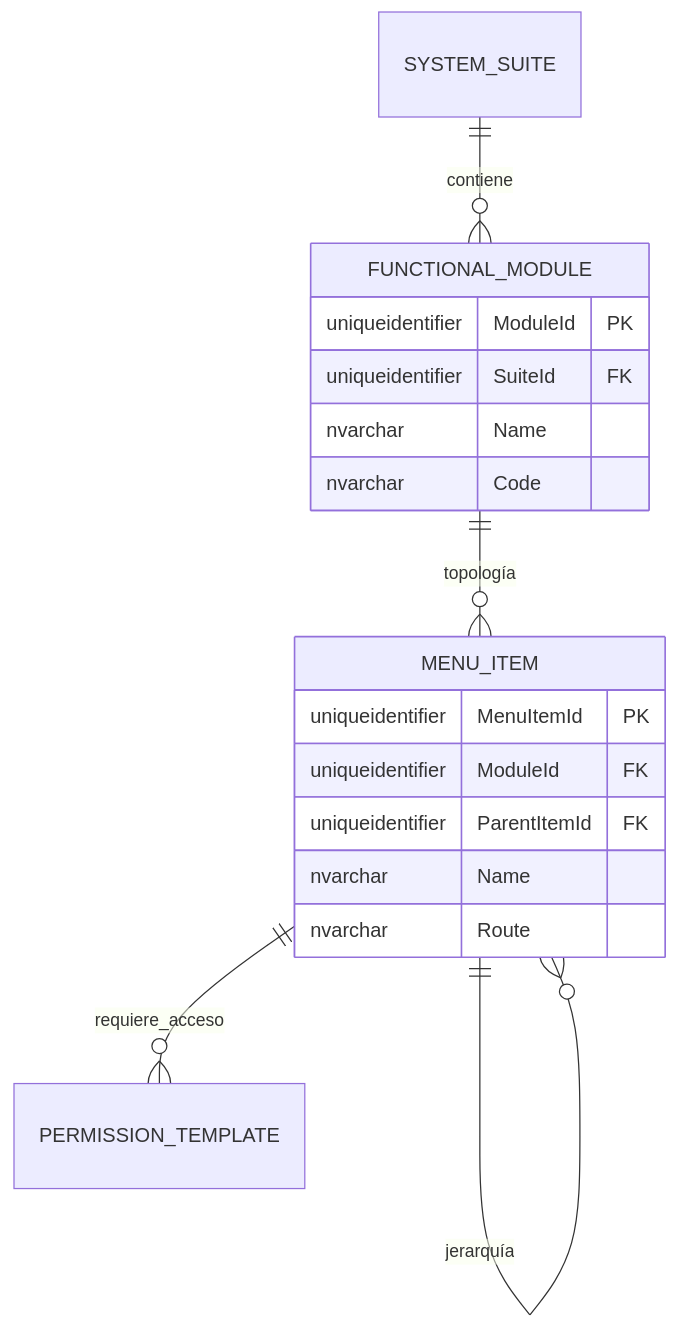
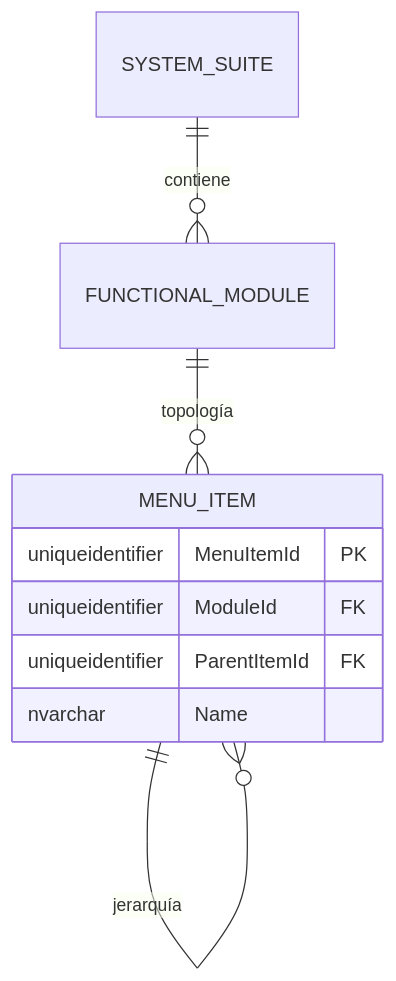
The third of 3 diagrams in architecture/blueprints-es/database-design-er.md (beyondnetcode/ums), drawn with Mermaid before and after one commit. The commit also changed other lines of this file and 4 other files, not shown here.

````diff
--- a/architecture/blueprints-es/database-design-er.md
+++ b/architecture/blueprints-es/database-design-er.md
@@ -97,22 +85,13 @@
 ```mermaid
 erDiagram
     SYSTEM_SUITE ||--o{ FUNCTIONAL_MODULE : "contiene"
     FUNCTIONAL_MODULE ||--o{ MENU_ITEM : "topología"
     MENU_ITEM ||--o{ MENU_ITEM : "jerarquía"
-    MENU_ITEM ||--o{ PERMISSION_TEMPLATE : "requiere_acceso"
-    
-    FUNCTIONAL_MODULE {
-        uniqueidentifier ModuleId PK
-        uniqueidentifier SuiteId FK
-        nvarchar Name
-        nvarchar Code
-    }
     
     MENU_ITEM {
         uniqueidentifier MenuItemId PK
         uniqueidentifier ModuleId FK
         uniqueidentifier ParentItemId FK
         nvarchar Name
-        nvarchar Route
     }
 ```
````
